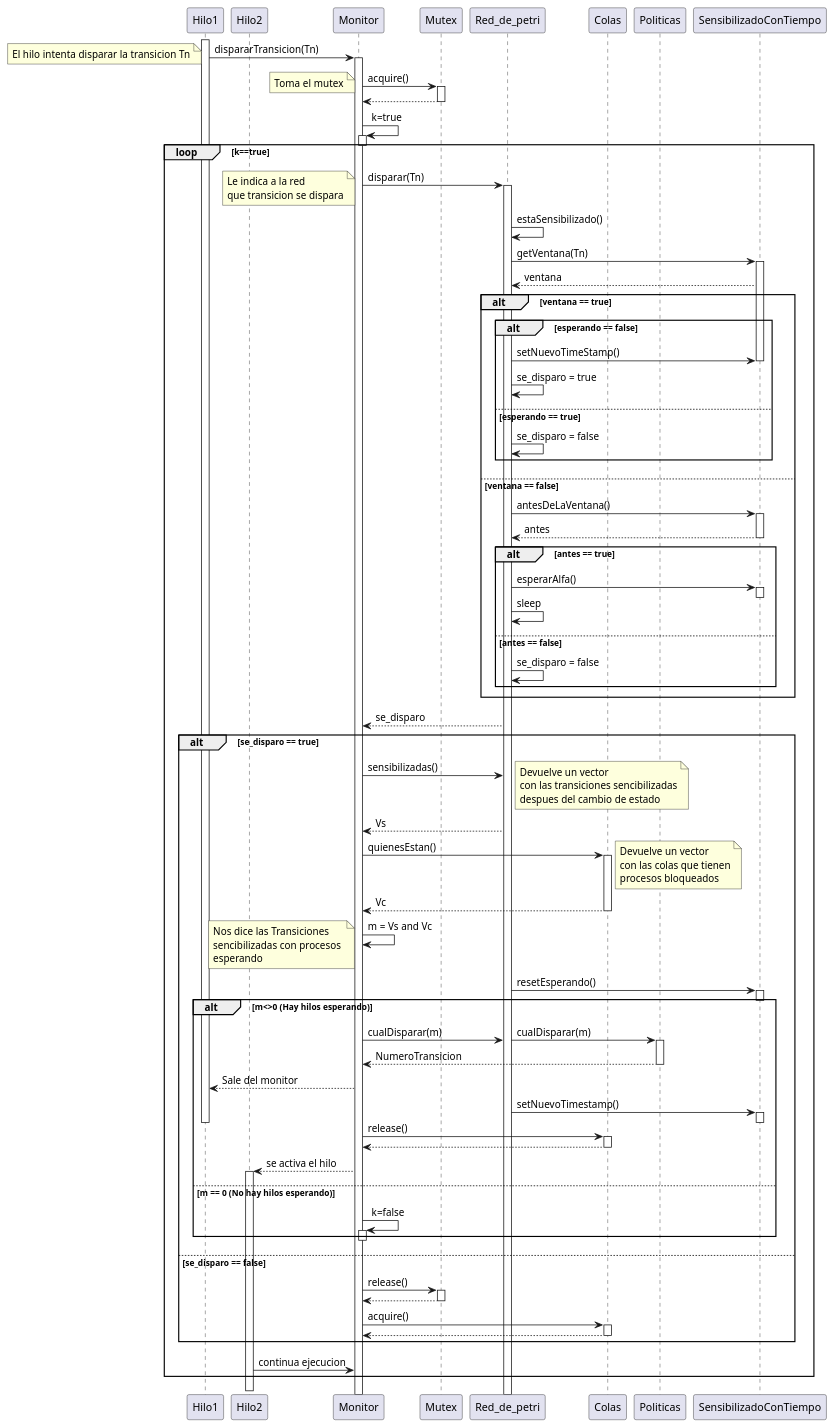
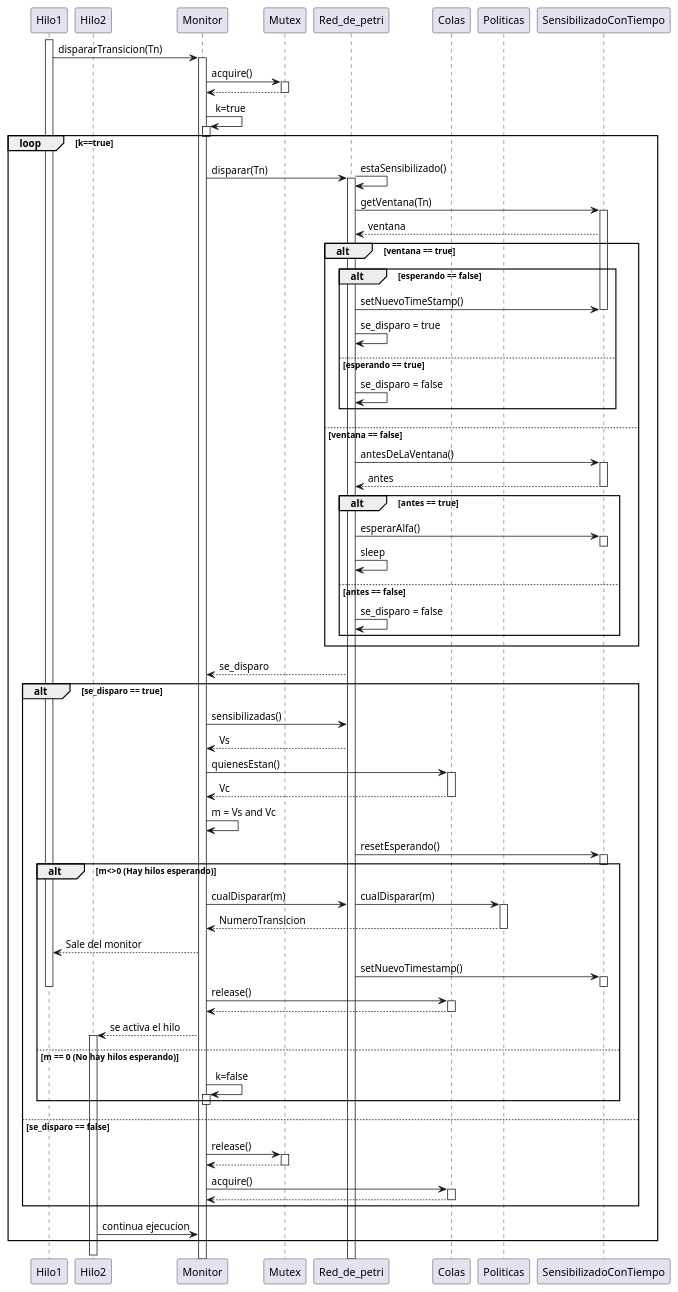
Before and after one commit to JosiasTomasnanez/flightAgencyAttendanceMonitor: the diagram in doc/diagrama_sec_temp.puml, drawn with PlantUML. The commit also changed 8 other files, not shown here.

Commit message:
Correccion diagrama de secuencia

```diff
--- a/doc/diagrama_sec_temp.puml
+++ b/doc/diagrama_sec_temp.puml
@@ -1,133 +1,110 @@
 @startuml secuencia
 !pragma teoz true
 ' Definicion de participantes
 participant Hilo1
 participant Hilo2
 participant Monitor
 participant Mutex
 participant Red_de_petri
 participant Colas 
 participant Politicas
 participant SensibilizadoConTiempo
 
 ' Secuencia
 '' El hilo intenta disparar una Transicion
 activate Hilo1
 Hilo1 -> Monitor : dispararTransicion(Tn)
-note left: El hilo intenta disparar la transicion Tn
 activate Monitor
-
-'' El monitor toma el mutex
 Monitor -> Mutex : acquire()
-note left: Toma el mutex
 activate Mutex
 Mutex --> Monitor
 deactivate Mutex
 
 Monitor -> Monitor : k=true
 activate Monitor
 deactivate Monitor
 
 loop k==true
     Monitor -> Red_de_petri : disparar(Tn)
-    note left 
-    Le indica a la red 
-    que transicion se dispara
-    end note
     activate Red_de_petri
-    Red_de_petri -> Red_de_petri : estaSensibilizado()
+    & Red_de_petri -> Red_de_petri : estaSensibilizado()
     Red_de_petri -> SensibilizadoConTiempo : getVentana(Tn)
     activate SensibilizadoConTiempo
     SensibilizadoConTiempo --> Red_de_petri : ventana
     
     alt ventana == true
         alt esperando == false
             Red_de_petri -> SensibilizadoConTiempo : setNuevoTimeStamp()
             deactivate SensibilizadoConTiempo
             Red_de_petri -> Red_de_petri : se_disparo = true
         else esperando == true
             Red_de_petri -> Red_de_petri : se_disparo = false
         end
         
     else ventana == false
         Red_de_petri -> SensibilizadoConTiempo : antesDeLaVentana()
         activate SensibilizadoConTiempo
         SensibilizadoConTiempo --> Red_de_petri : antes
         deactivate SensibilizadoConTiempo
         alt antes == true
             Red_de_petri -> SensibilizadoConTiempo : esperarAlfa()
             activate SensibilizadoConTiempo
             deactivate SensibilizadoConTiempo
             Red_de_petri -> Red_de_petri : sleep
         else antes == false
             Red_de_petri -> Red_de_petri : se_disparo = false    
         end 
     end
 
     Red_de_petri --> Monitor : se_disparo
     
     alt se_disparo == true
         Monitor -> Red_de_petri : sensibilizadas()
-        note right
-        Devuelve un vector
-        con las transiciones sencibilizadas
-        despues del cambio de estado
-        end note
         Red_de_petri --> Monitor : Vs
         Monitor -> Colas : quienesEstan()
         activate Colas
-        note right
-        Devuelve un vector
-        con las colas que tienen
-        procesos bloqueados
-        end note
         Colas --> Monitor : Vc
         deactivate Colas
         Monitor -> Monitor : m = Vs and Vc
-        note left 
-        Nos dice las Transiciones 
-        sencibilizadas con procesos 
-        esperando
-        end note
         Red_de_petri -> SensibilizadoConTiempo : resetEsperando()
         activate SensibilizadoConTiempo
         deactivate SensibilizadoConTiempo
         alt m<>0 (Hay hilos esperando)
             Monitor-> Red_de_petri : cualDisparar(m)
             & Red_de_petri -> Politicas : cualDisparar(m)
             activate Politicas
             Politicas --> Monitor : NumeroTransicion
             deactivate Politicas
             Monitor --> Hilo1 : Sale del monitor
             Red_de_petri -> SensibilizadoConTiempo : setNuevoTimestamp()
             activate SensibilizadoConTiempo
             deactivate SensibilizadoConTiempo 
             deactivate Hilo1
             Monitor -> Colas : release()
             activate Colas
             Colas --> Monitor
             deactivate Colas
             Monitor --> Hilo2 : se activa el hilo
             activate Hilo2
         else m == 0 (No hay hilos esperando)
             Monitor -> Monitor : k=false
             activate Monitor
             deactivate Monitor
         end
     else se_disparo == false
         Monitor -> Mutex : release()
         activate Mutex
         Mutex --> Monitor
         deactivate Mutex
         Monitor-> Colas : acquire()
         activate Colas
         Colas --> Monitor
         deactivate Colas
 
     end
     Hilo2 -> Monitor : continua ejecucion
 end
 deactivate Hilo2
 
 
 @enduml
```
